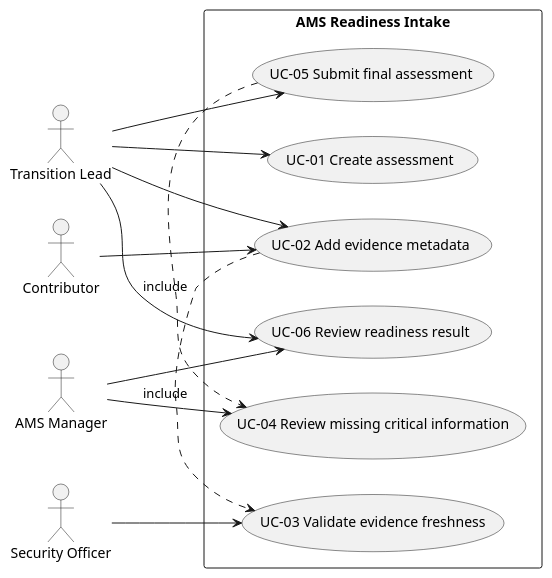
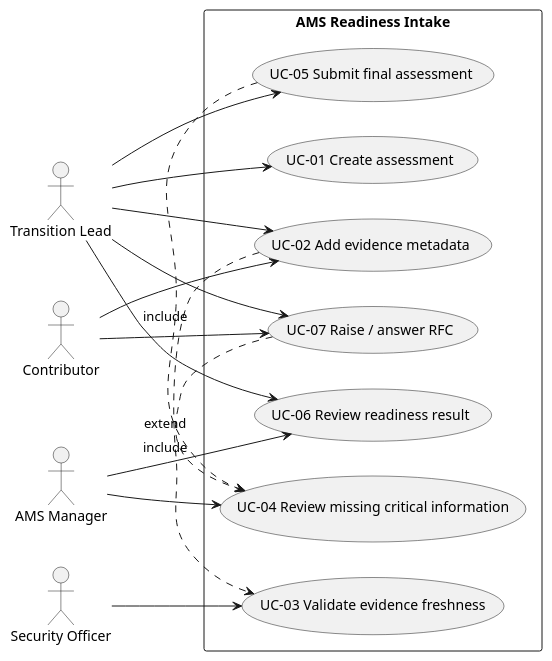
Before and after one commit to migueelopess/ams-readiness-intake: the diagram in docs/04_use_cases.md, drawn with PlantUML. The commit also changed other lines of this file and 6 other files, not shown here.

````diff
--- a/docs/04_use_cases.md
+++ b/docs/04_use_cases.md
@@ -19,30 +19,34 @@
 ```plantuml
 @startuml
 left to right direction
 actor "Transition Lead" as TL
 actor "Contributor" as C
 actor "Security Officer" as SO
 actor "AMS Manager" as AM
 
 rectangle "AMS Readiness Intake" {
   usecase "UC-01 Create assessment" as UC1
   usecase "UC-02 Add evidence metadata" as UC2
   usecase "UC-03 Validate evidence freshness" as UC3
   usecase "UC-04 Review missing critical information" as UC4
   usecase "UC-05 Submit final assessment" as UC5
   usecase "UC-06 Review readiness result" as UC6
+  usecase "UC-07 Raise / answer RFC" as UC7
 
   UC2 .> UC3 : include
   UC5 .> UC4 : include
+  UC7 .> UC4 : extend
 }
 
 TL --> UC1
 TL --> UC2
 TL --> UC5
 TL --> UC6
+TL --> UC7
 C  --> UC2
+C  --> UC7
 SO --> UC3
 AM --> UC4
 AM --> UC6
 @enduml
 ```
````
